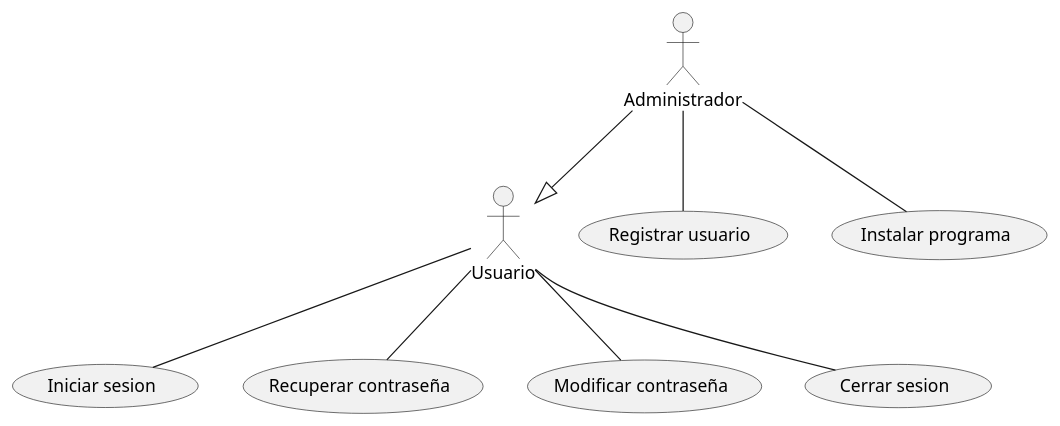
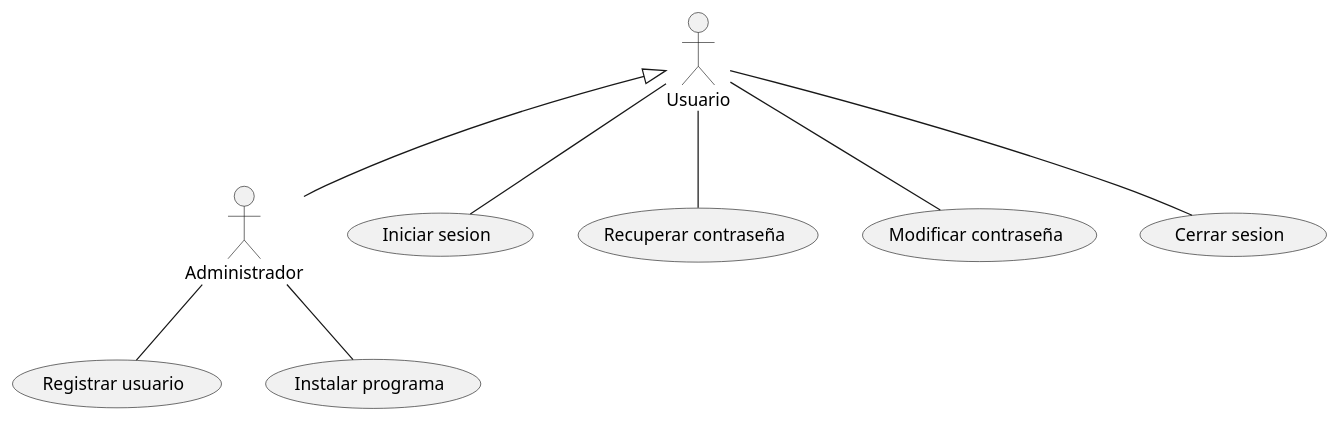
One commit to jbinade/PracticaClasesUML changed the diagram in src/ejUsuariosyAdministradores.puml. Above: the diagram before and after it, drawn with PlantUML. The commit also changed 2 other files, not shown here.

```diff
--- a/src/ejUsuariosyAdministradores.puml
+++ b/src/ejUsuariosyAdministradores.puml
@@ -1,15 +1,15 @@
 @startuml
 
 actor Usuario
 actor Administrador
 
 Usuario -- (Iniciar sesion)
 Usuario -- (Recuperar contraseña)
 Usuario -- (Modificar contraseña)
 Usuario -- (Cerrar sesion)
 
 Administrador -- (Registrar usuario)
 Administrador -- (Instalar programa)
-Administrador --|> Usuario
+Usuario <|-- Administrador
 
 @enduml
```
